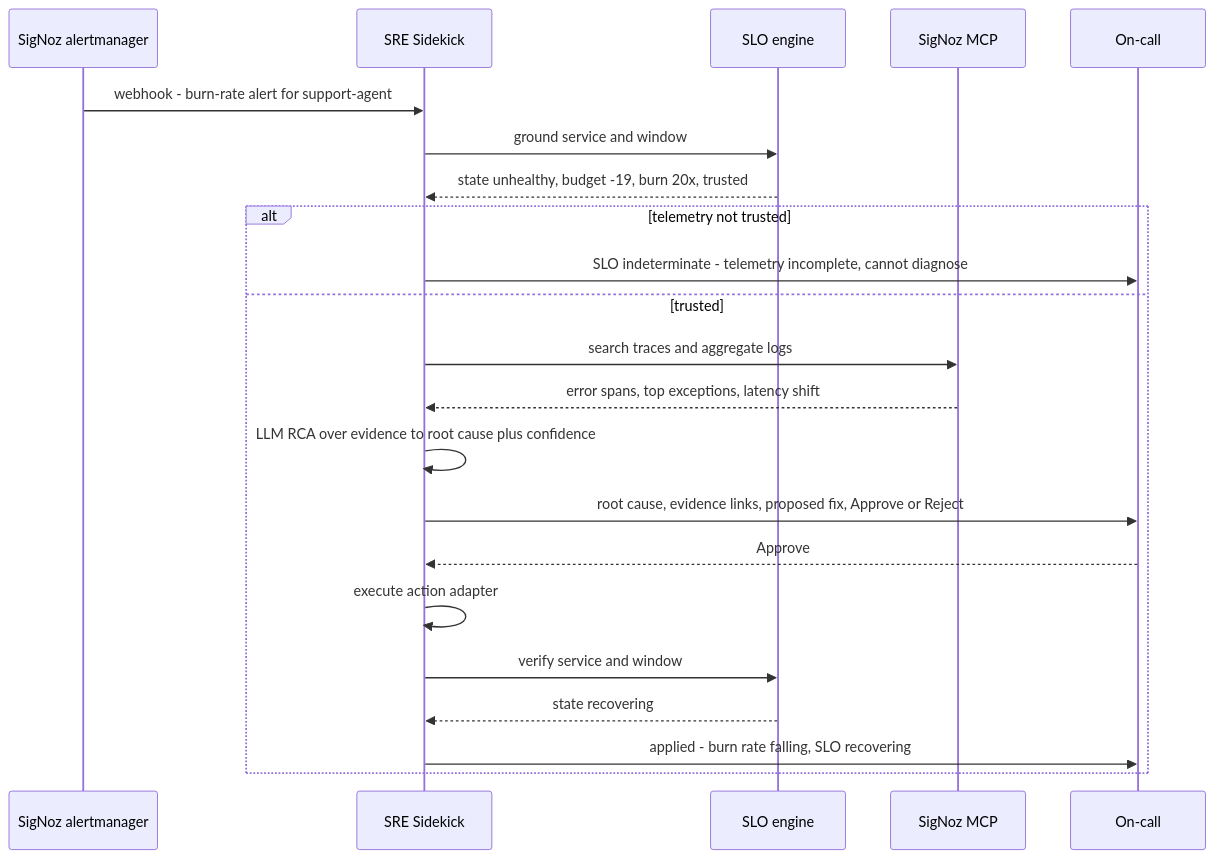
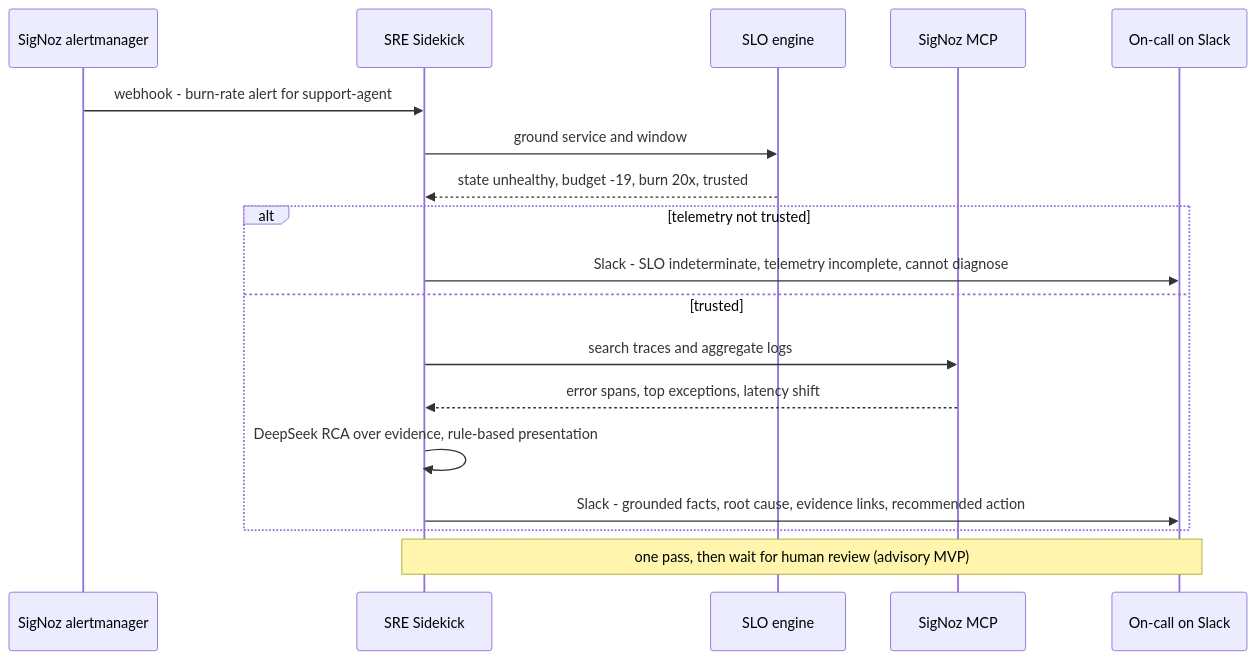
Before and after one commit to SigNoz/signoz: the fourth of 4 diagrams in hackathon/telemetry-health-auditor-prd.md, drawn with Mermaid. The commit also changed other lines of this file, not shown here.

First line of the commit message:
docs(prd): lock in team decisions on the SRE Sidekick MVP

````diff
--- a/hackathon/telemetry-health-auditor-prd.md
+++ b/hackathon/telemetry-health-auditor-prd.md
@@ -265,25 +265,21 @@
 ```mermaid
 sequenceDiagram
     participant SZ as SigNoz alertmanager
     participant SK as SRE Sidekick
     participant SLO as SLO engine
     participant MCP as SigNoz MCP
-    participant U as On-call
+    participant U as On-call on Slack
 
     SZ->>SK: webhook - burn-rate alert for support-agent
     SK->>SLO: ground service and window
     SLO-->>SK: state unhealthy, budget -19, burn 20x, trusted
     alt telemetry not trusted
-        SK->>U: SLO indeterminate - telemetry incomplete, cannot diagnose
+        SK->>U: Slack - SLO indeterminate, telemetry incomplete, cannot diagnose
     else trusted
         SK->>MCP: search traces and aggregate logs
         MCP-->>SK: error spans, top exceptions, latency shift
-        SK->>SK: LLM RCA over evidence to root cause plus confidence
-        SK->>U: root cause, evidence links, proposed fix, Approve or Reject
-        U-->>SK: Approve
-        SK->>SK: execute action adapter
-        SK->>SLO: verify service and window
-        SLO-->>SK: state recovering
-        SK->>U: applied - burn rate falling, SLO recovering
+        SK->>SK: DeepSeek RCA over evidence, rule-based presentation
+        SK->>U: Slack - grounded facts, root cause, evidence links, recommended action
     end
+    Note over SK,U: one pass, then wait for human review (advisory MVP)
 ```
````
